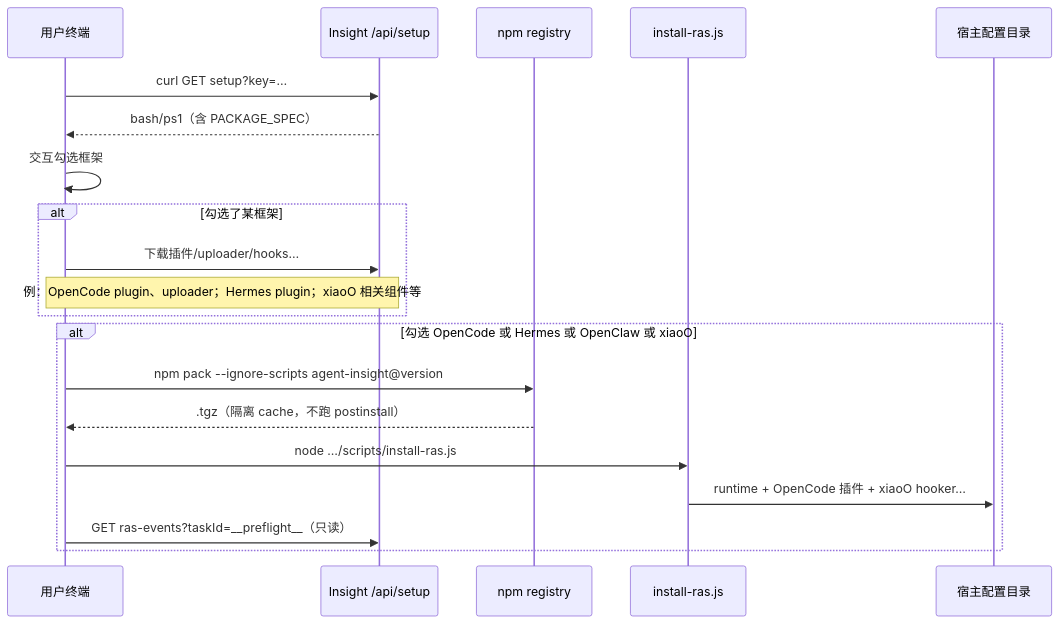
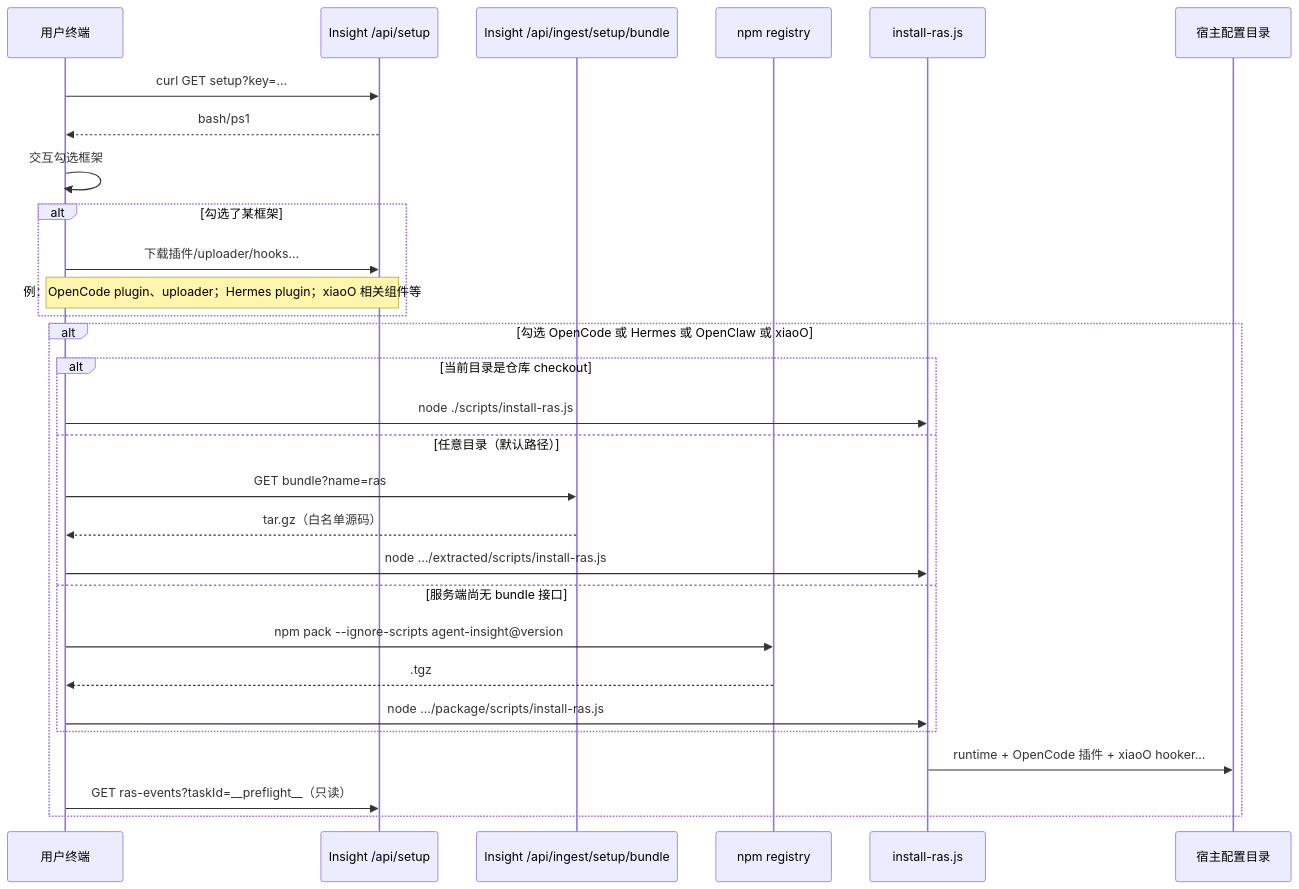
Before and after one commit to openeuler-mirror/agent-insight: the second of 4 diagrams in docs/agent-ras/guides/local-install-process.md, drawn with Mermaid. The commit also changed other lines of this file and 4 other files, not shown here.

````diff
--- a/docs/agent-ras/guides/local-install-process.md
+++ b/docs/agent-ras/guides/local-install-process.md
@@ -88,23 +90,32 @@
 ```mermaid
 sequenceDiagram
   participant U as 用户终端
   participant S as Insight /api/setup
+  participant B as Insight /api/ingest/setup/bundle
   participant N as npm registry
   participant I as install-ras.js
   participant H as 宿主配置目录
 
   U->>S: curl GET setup?key=…
-  S-->>U: bash/ps1（含 PACKAGE_SPEC）
+  S-->>U: bash/ps1
   U->>U: 交互勾选框架
   alt 勾选了某框架
     U->>S: 下载插件/uploader/hooks…
     Note over U,S: 例：OpenCode plugin、uploader；Hermes plugin；xiaoO 相关组件等
   end
   alt 勾选 OpenCode 或 Hermes 或 OpenClaw 或 xiaoO
-    U->>N: npm pack --ignore-scripts agent-insight@version
-    N-->>U: .tgz（隔离 cache，不跑 postinstall）
-    U->>I: node …/scripts/install-ras.js
+    alt 当前目录是仓库 checkout
+      U->>I: node ./scripts/install-ras.js
+    else 任意目录（默认路径）
+      U->>B: GET bundle?name=ras
+      B-->>U: tar.gz（白名单源码）
+      U->>I: node …/extracted/scripts/install-ras.js
+    else 服务端尚无 bundle 接口
+      U->>N: npm pack --ignore-scripts agent-insight@version
+      N-->>U: .tgz
+      U->>I: node …/package/scripts/install-ras.js
+    end
     I->>H: runtime + OpenCode 插件 + xiaoO hooker…
     U->>S: GET ras-events?taskId=__preflight__（只读）
   end
 ```
````
